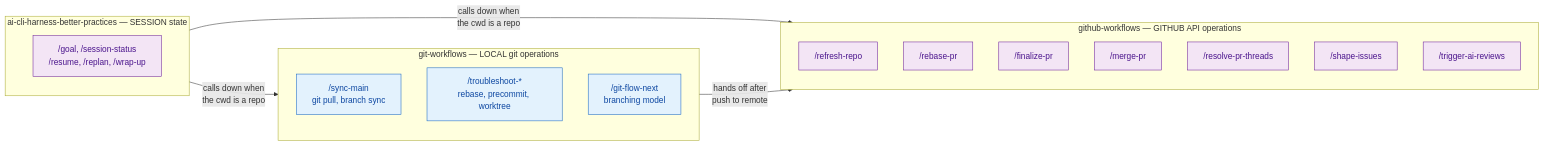
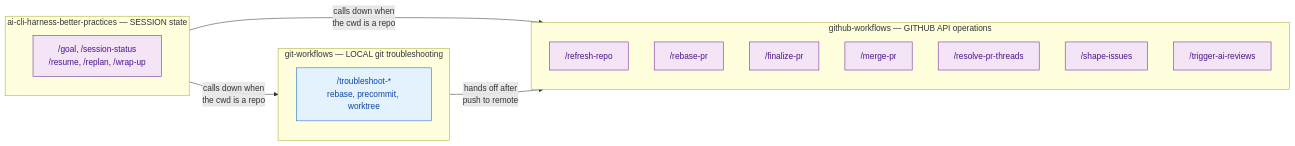
One commit to dryvist/claude-code-plugins changed the second of 2 diagrams in git-workflows/ARCHITECTURE.md. Above: the diagram before and after it, drawn with Mermaid. The commit also changed other lines of this file and 22 other files, not shown here.

First line of the commit message:
feat(git-workflows): retire sync-main and git-flow-next in favor of Git Town (#653)

````diff
--- a/git-workflows/ARCHITECTURE.md
+++ b/git-workflows/ARCHITECTURE.md
@@ -47,32 +43,30 @@
 ```mermaid
 flowchart LR
     classDef ai fill:#e3f2fd,stroke:#1565c0,color:#0d47a1
     classDef external fill:#f3e5f5,stroke:#6a1b9a,color:#4a148c
 
     subgraph harness["ai-cli-harness-better-practices — SESSION state"]
         direction TB
         cont["/goal, /session-status\n/resume, /replan, /wrap-up"]:::external
     end
 
-    subgraph local["git-workflows — LOCAL git operations"]
+    subgraph local["git-workflows — LOCAL git troubleshooting"]
         direction TB
-        sync_main["/sync-main\ngit pull, branch sync"]:::ai
         ts["/troubleshoot-*\nrebase, precommit, worktree"]:::ai
-        git_flow["/git-flow-next\nbranching model"]:::ai
     end
 
     subgraph remote["github-workflows — GITHUB API operations"]
         direction TB
         refresh_repo["/refresh-repo"]:::external
         rebase_pr["/rebase-pr"]:::external
         finalize_pr["/finalize-pr"]:::external
         merge_pr["/merge-pr"]:::external
         resolve_threads["/resolve-pr-threads"]:::external
         shape_issues["/shape-issues"]:::external
         trigger_reviews["/trigger-ai-reviews"]:::external
     end
 
     harness -- "calls down when\nthe cwd is a repo" --> local
     harness -- "calls down when\nthe cwd is a repo" --> remote
     local -- "hands off after\npush to remote" --> remote
 ```
````
